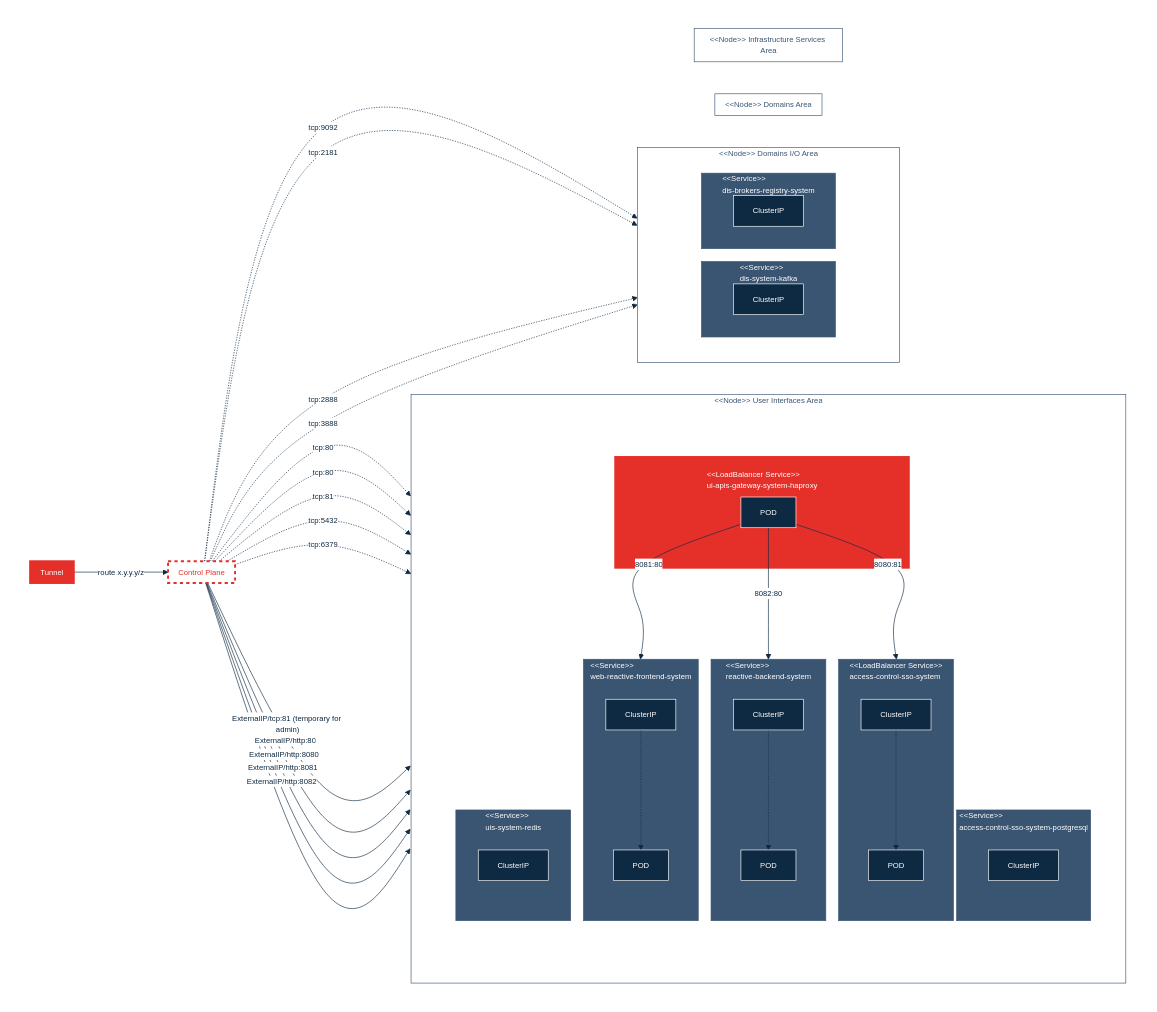
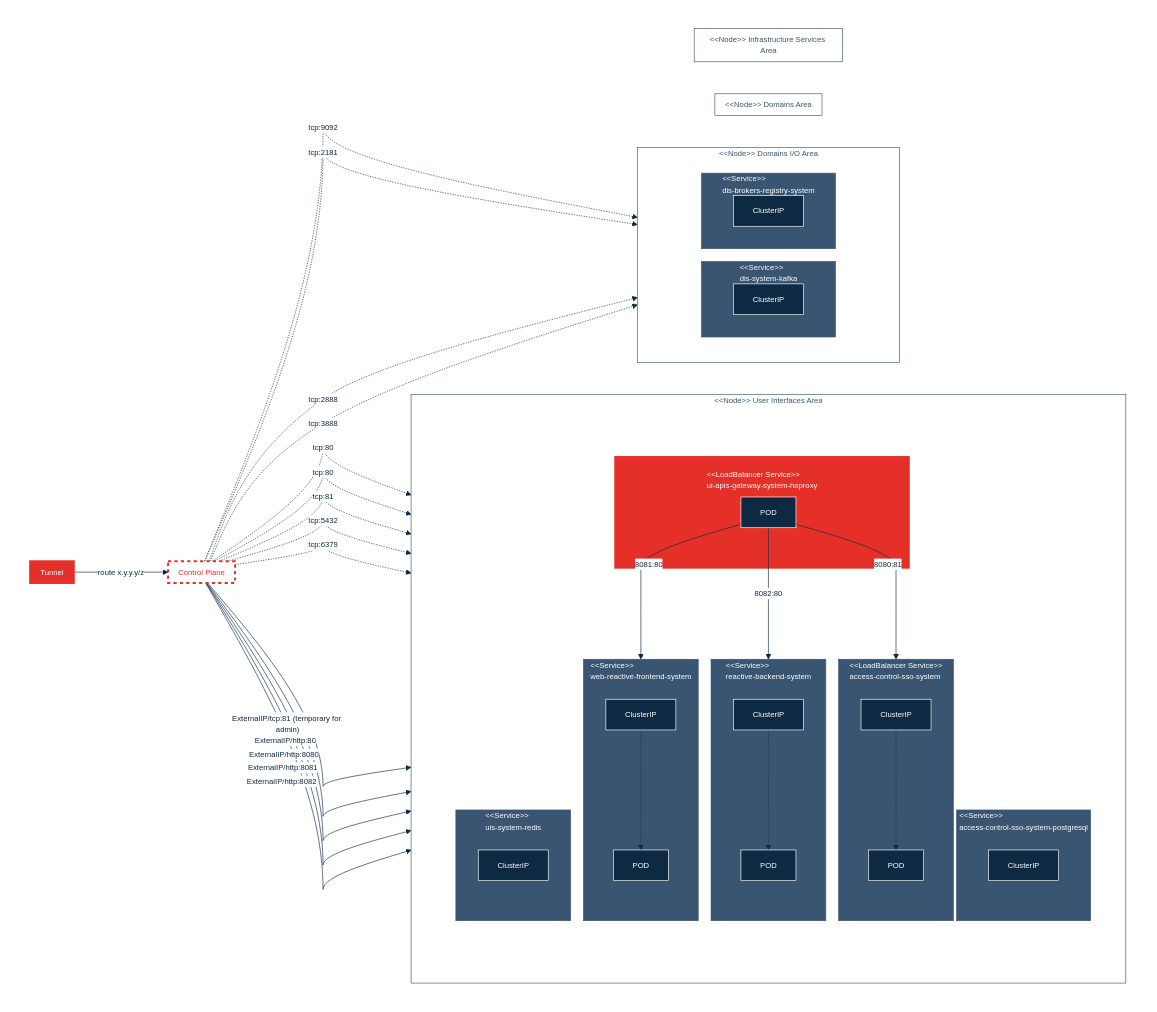
The diagram in implementations-line/systems/README.md (cybnity/foundation), drawn with Mermaid before and after one commit.

```diff
--- a/implementations-line/systems/README.md
+++ b/implementations-line/systems/README.md
@@ -95,7 +95,7 @@
         'noteTextColor': '#fff',
         'noteBorderColor': '#fff'
     },
-    'flowchart': { 'curve': 'natural' }
+    'flowchart': { 'curve': 'monotoneY' }
   }
 }%%
 flowchart LR
```
